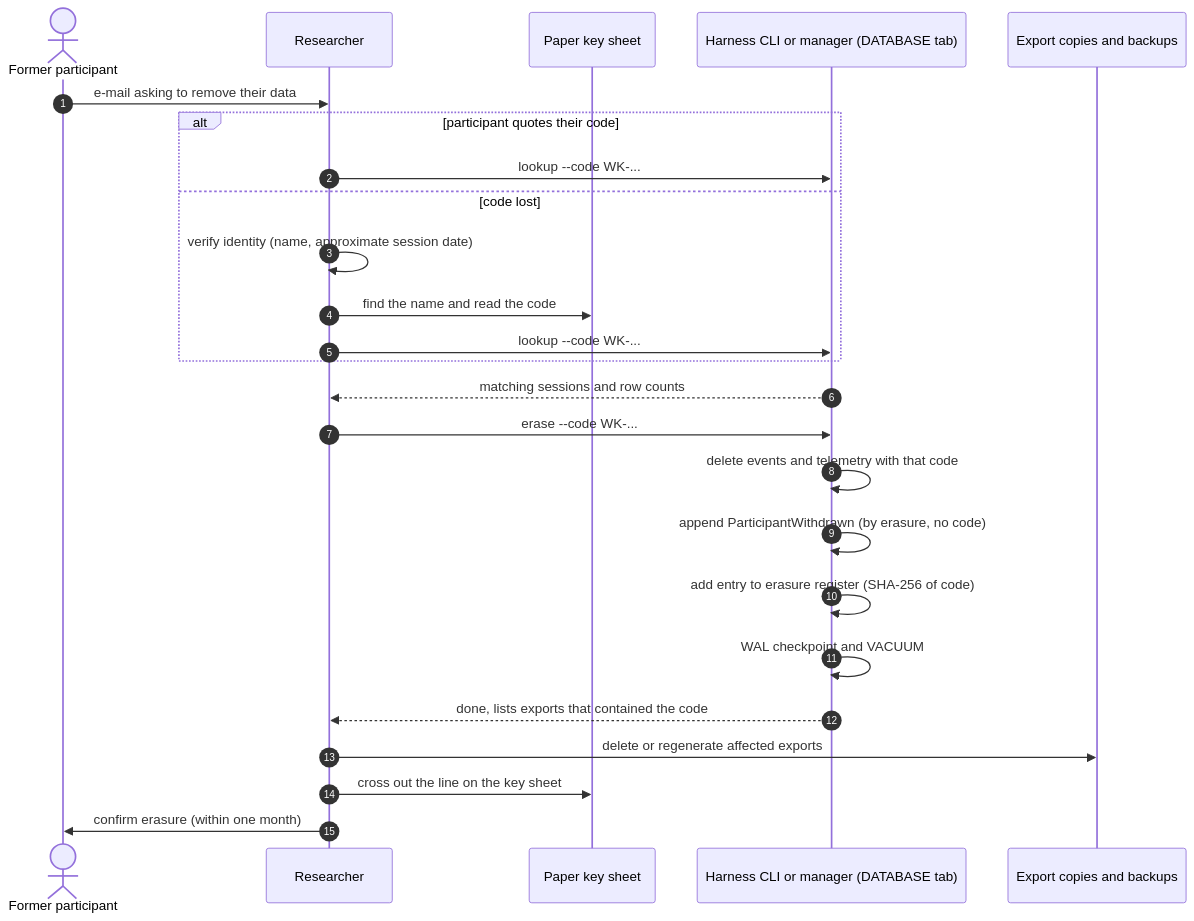
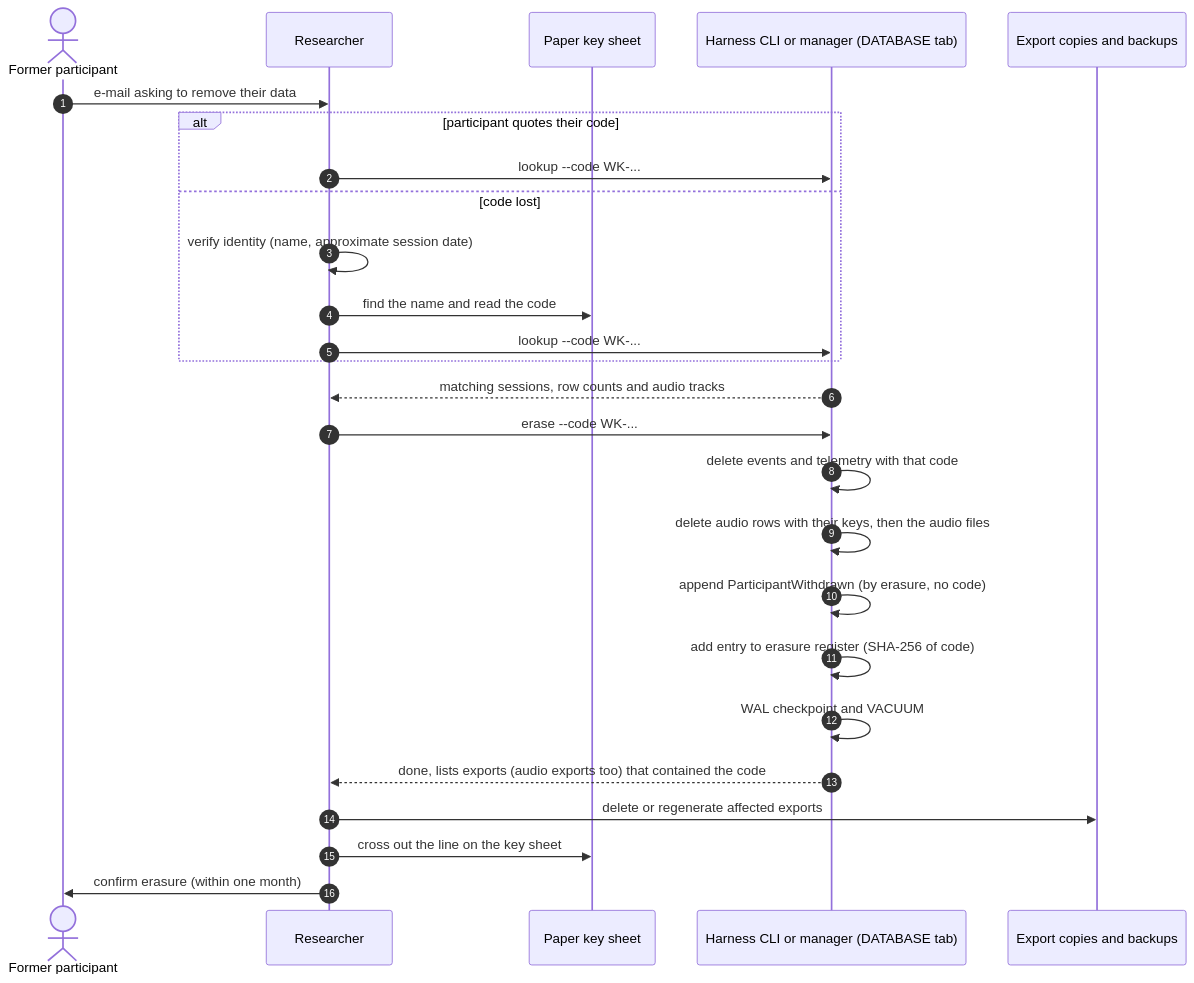
One commit to xy-zak/WhoKnowsWhoActs changed the fifth of 6 diagrams in docs/DATA-MANAGEMENT.md. Above: the diagram before and after it, drawn with Mermaid. The commit also changed other lines of this file, not shown here.

First line of the commit message:
Docs: microphone audio in the data management and GDPR design (#2)

````diff
--- a/docs/DATA-MANAGEMENT.md
+++ b/docs/DATA-MANAGEMENT.md
@@ -218,27 +323,28 @@
 ```mermaid
 sequenceDiagram
   autonumber
   actor P as Former participant
   participant R as Researcher
   participant K as Paper key sheet
   participant H as Harness CLI or manager (DATABASE tab)
   participant X as Export copies and backups
   P->>R: e-mail asking to remove their data
   alt participant quotes their code
     R->>H: lookup --code WK-...
   else code lost
     R->>R: verify identity (name, approximate session date)
     R->>K: find the name and read the code
     R->>H: lookup --code WK-...
   end
-  H-->>R: matching sessions and row counts
+  H-->>R: matching sessions, row counts and audio tracks
   R->>H: erase --code WK-...
   H->>H: delete events and telemetry with that code
+  H->>H: delete audio rows with their keys, then the audio files
   H->>H: append ParticipantWithdrawn (by erasure, no code)
   H->>H: add entry to erasure register (SHA-256 of code)
   H->>H: WAL checkpoint and VACUUM
-  H-->>R: done, lists exports that contained the code
+  H-->>R: done, lists exports (audio exports too) that contained the code
   R->>X: delete or regenerate affected exports
   R->>K: cross out the line on the key sheet
   R->>P: confirm erasure (within one month)
 ```
````
